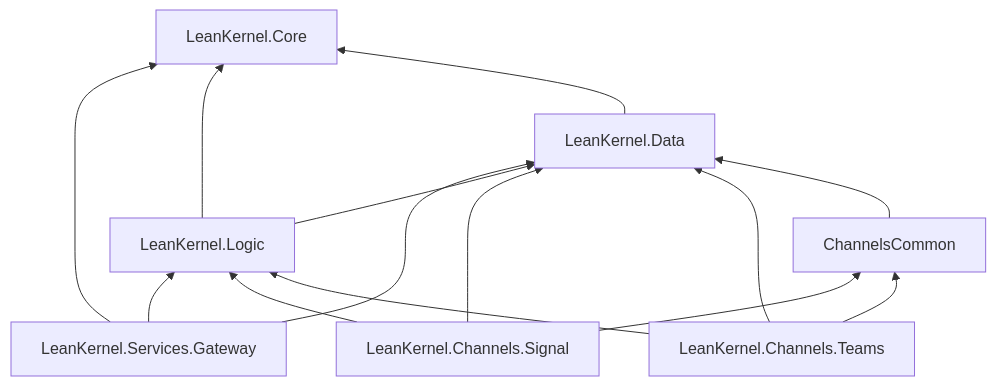
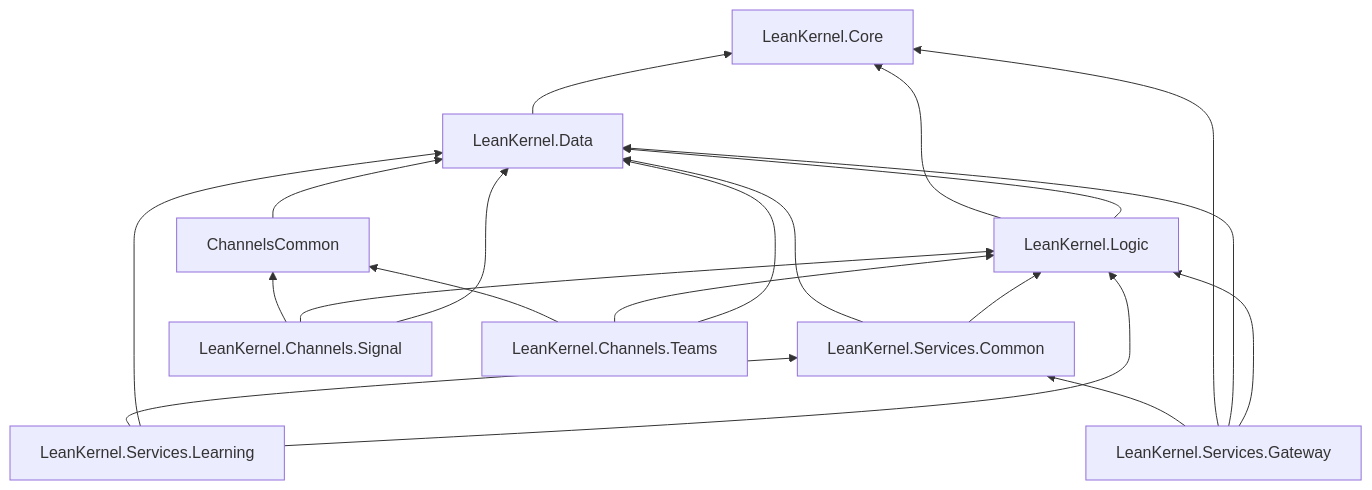
One commit to achingono/leankernel changed the diagram in docs/architecture/solution-structure.md. Above: the diagram before and after it, drawn with Mermaid. The commit also changed other lines of this file and 65 other files, not shown here.

````diff
--- a/docs/architecture/solution-structure.md
+++ b/docs/architecture/solution-structure.md
@@ -33,20 +35,28 @@
 ```mermaid
 flowchart BT
     Gateway[LeanKernel.Services.Gateway] --> Logic[LeanKernel.Logic]
     Gateway --> Data[LeanKernel.Data]
     Gateway --> Core[LeanKernel.Core]
+    Gateway --> ServicesCommon[LeanKernel.Services.Common]
 
     Logic --> Data
     Logic --> Core
+
+    Learning[LeanKernel.Services.Learning] --> Logic
+    Learning --> Data
+    Learning --> ServicesCommon
+
+    ServicesCommon --> Logic
+    ServicesCommon --> Data
 
     Signal[LeanKernel.Channels.Signal] --> Data
     Signal --> Logic
     Signal --> ChannelsCommon
 
     Teams[LeanKernel.Channels.Teams] --> Data
     Teams --> Logic
     Teams --> ChannelsCommon
 
     ChannelsCommon --> Data
     Data --> Core
 ```
````
